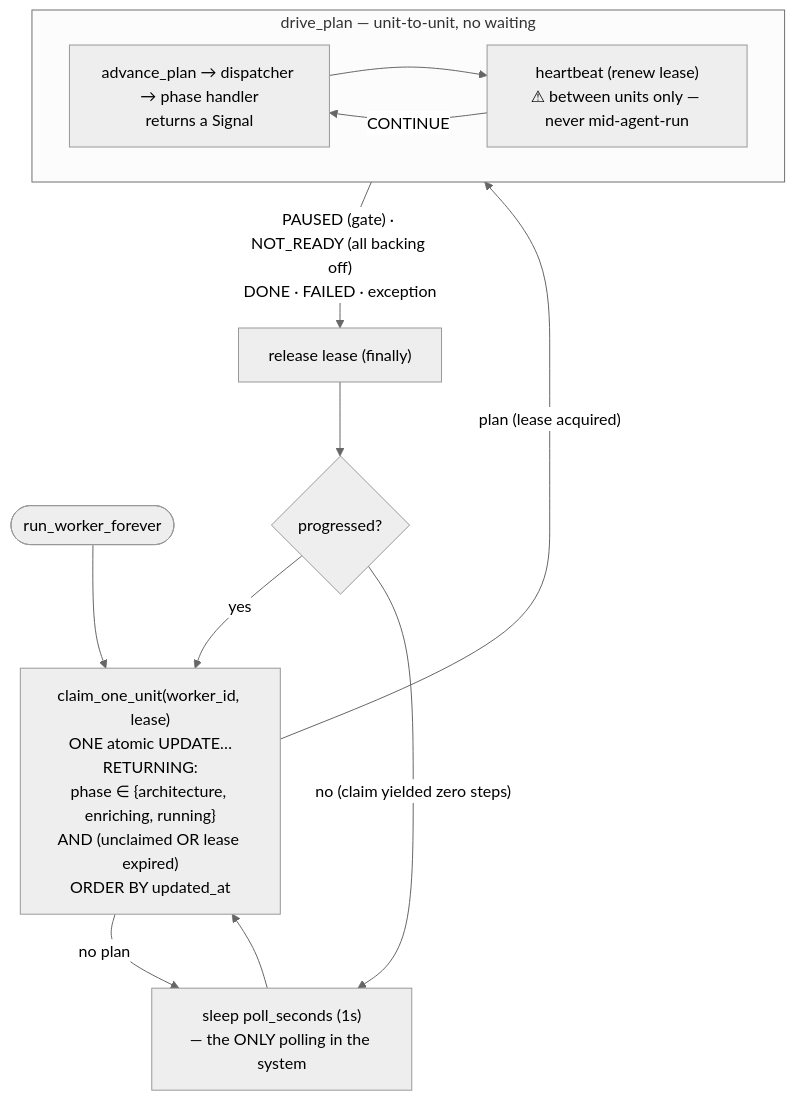
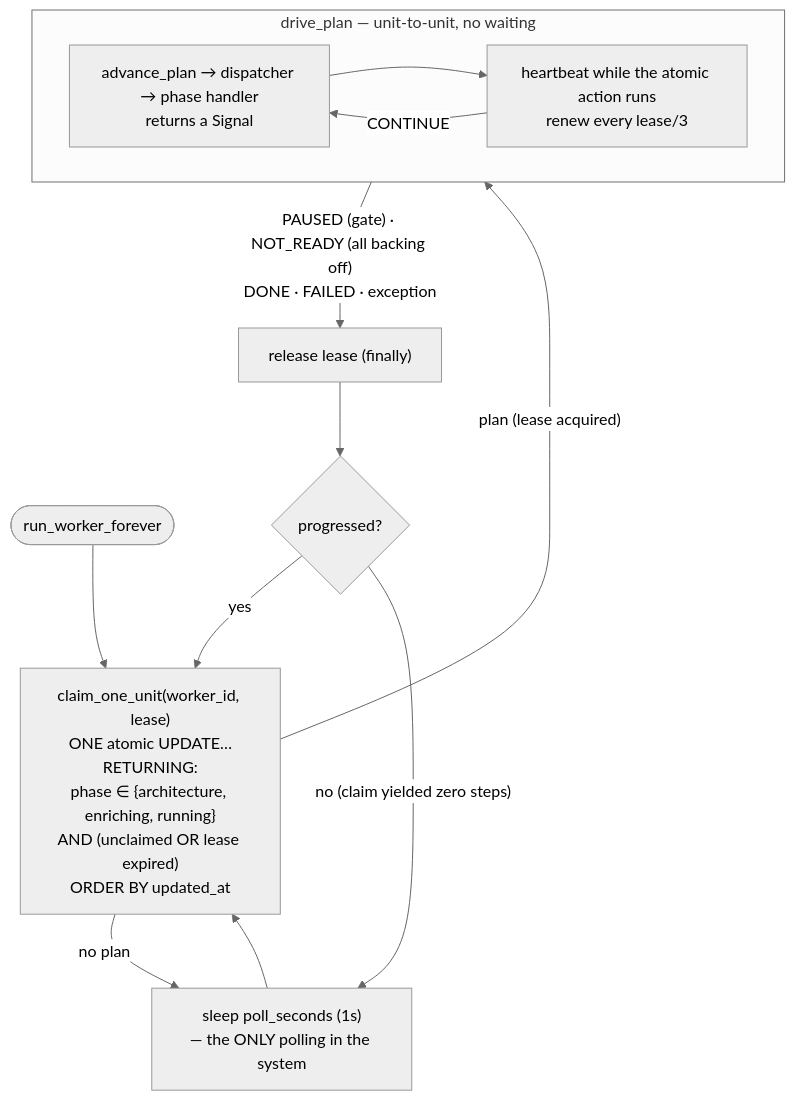
One commit to guilhermeUpToTask/agent-orchestrator-prototype changed the first of 3 diagrams in docs/architecture/execution-model.md. Above: the diagram before and after it, drawn with Mermaid (neutral theme). The commit also changed other lines of this file and 12 other files, not shown here.

````diff
--- a/docs/architecture/execution-model.md
+++ b/docs/architecture/execution-model.md
@@ -9,19 +9,19 @@
 ```mermaid
 flowchart TB
     start([run_worker_forever]) --> claim["claim_one_unit(worker_id, lease)<br/>ONE atomic UPDATE…RETURNING:<br/>phase ∈ {architecture, enriching, running}<br/>AND (unclaimed OR lease expired)<br/>ORDER BY updated_at"]
     claim -->|no plan| sleep["sleep poll_seconds (1s)<br/>— the ONLY polling in the system"]
     sleep --> claim
     claim -->|"plan (lease acquired)"| drive
 
     subgraph drive["drive_plan — unit-to-unit, no waiting"]
         adv["advance_plan → dispatcher → phase handler<br/>returns a Signal"]
-        hb["heartbeat (renew lease)<br/>⚠ between units only — never mid-agent-run"]
+        hb["heartbeat while the atomic action runs<br/>renew every lease/3"]
         adv --> hb
         hb -->|CONTINUE| adv
     end
 
     drive -->|"PAUSED (gate) · NOT_READY (all backing off)<br/>DONE · FAILED · exception"| release["release lease (finally)"]
     release --> progress{progressed?}
     progress -->|yes| claim
     progress -->|"no (claim yielded zero steps)"| sleep
 ```
````
